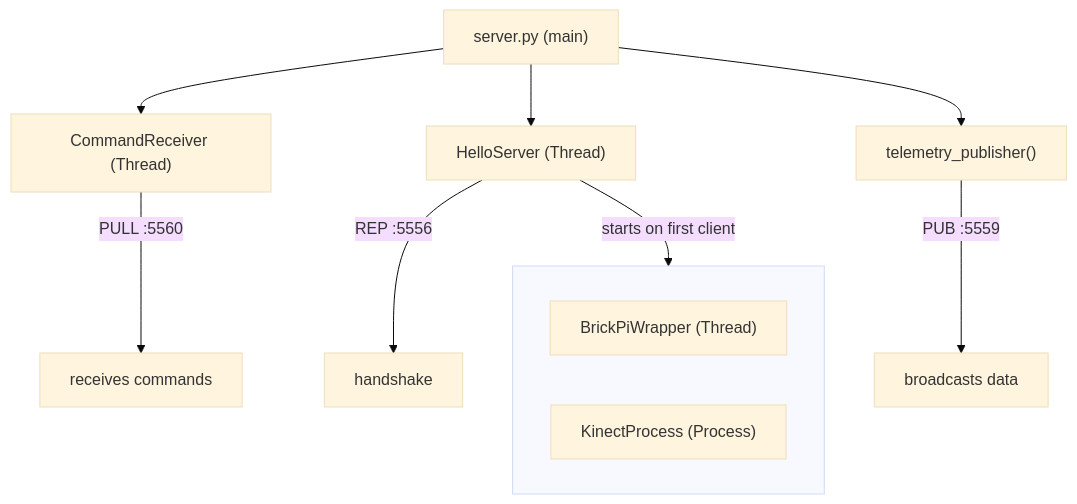
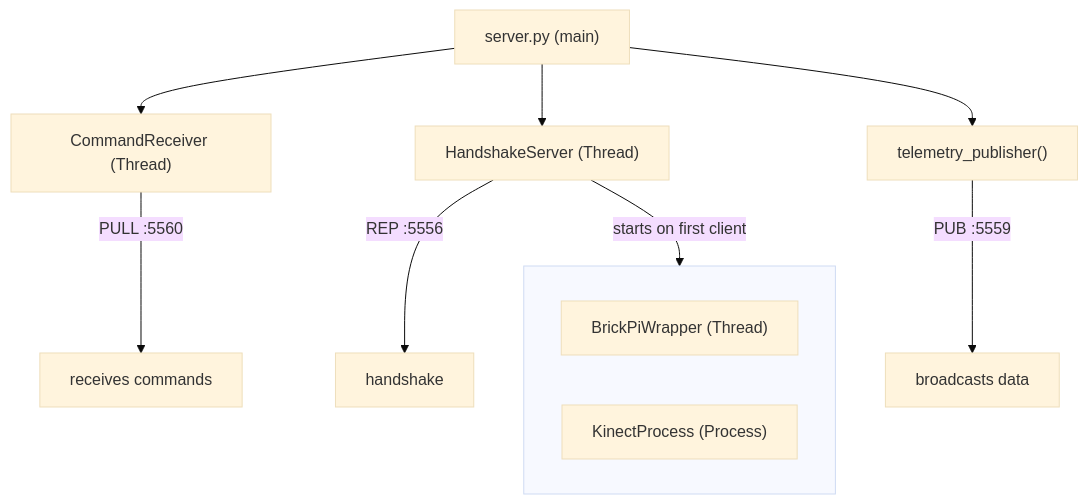
The first of 2 diagrams in doc/development/project-structure.md (KrystianMarek/rpi_lego_robot), drawn with Mermaid (base theme) before and after one commit. The commit also changed other lines of this file and 4 other files, not shown here.

````diff
--- a/doc/development/project-structure.md
+++ b/doc/development/project-structure.md
@@ -132,19 +140,19 @@
 ```mermaid
 flowchart TB
     MAIN["server.py (main)"]
 
     MAIN --> CR["CommandReceiver (Thread)"]
     CR -->|"PULL :5560"| CR_DESC["receives commands"]
 
-    MAIN --> HS["HelloServer (Thread)"]
+    MAIN --> HS["HandshakeServer (Thread)"]
     HS -->|"REP :5556"| HS_DESC["handshake"]
 
     HS -->|"starts on first client"| STARTED
     subgraph STARTED [" "]
         BPW["BrickPiWrapper (Thread)"]
         KP["KinectProcess (Process)"]
     end
 
     MAIN --> TP["telemetry_publisher()"]
     TP -->|"PUB :5559"| TP_DESC["broadcasts data"]
 ```
````
